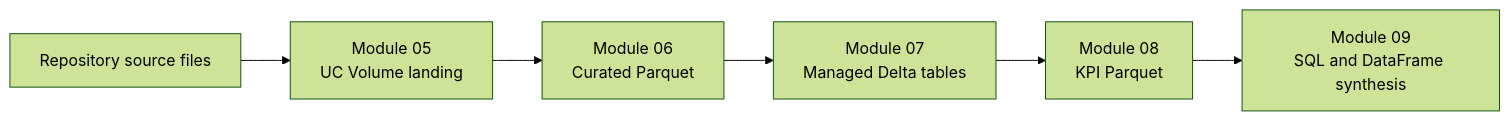
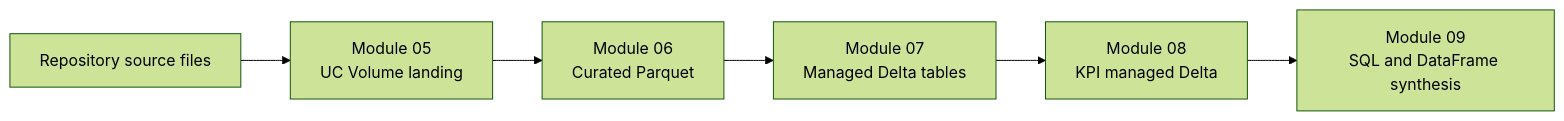
One commit to rajdump/pyspark-on-azure-databricks-academy changed the first of 2 diagrams in vault/home.md. Above: the diagram before and after it, drawn with Mermaid (forest theme). The commit also changed other lines of this file and 13 other files, not shown here.

````diff
--- a/vault/home.md
+++ b/vault/home.md
@@ -70,8 +70,8 @@
 ```mermaid
 flowchart LR
     R[Repository source files] --> M5[Module 05<br/>UC Volume landing]
     M5 --> M6[Module 06<br/>Curated Parquet]
     M6 --> M7[Module 07<br/>Managed Delta tables]
-    M7 --> M8[Module 08<br/>KPI Parquet]
+    M7 --> M8[Module 08<br/>KPI managed Delta]
     M8 --> M9[Module 09<br/>SQL and DataFrame synthesis]
 ```
````
